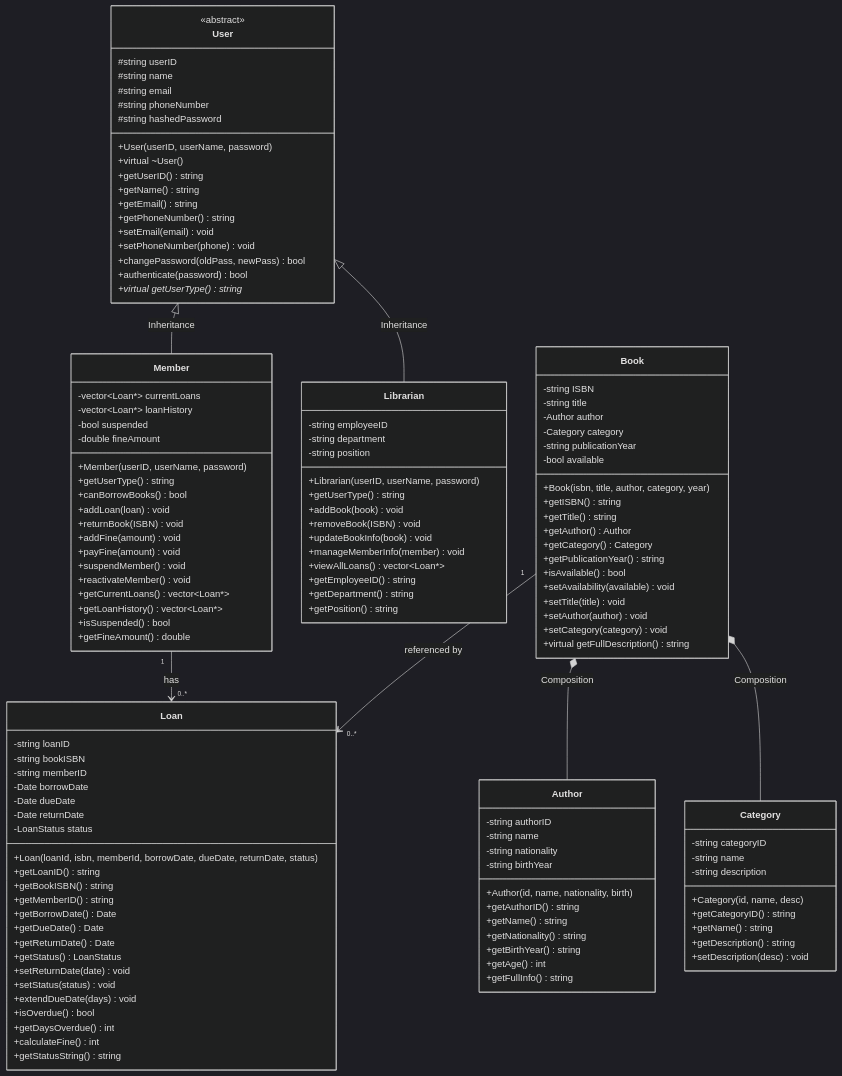
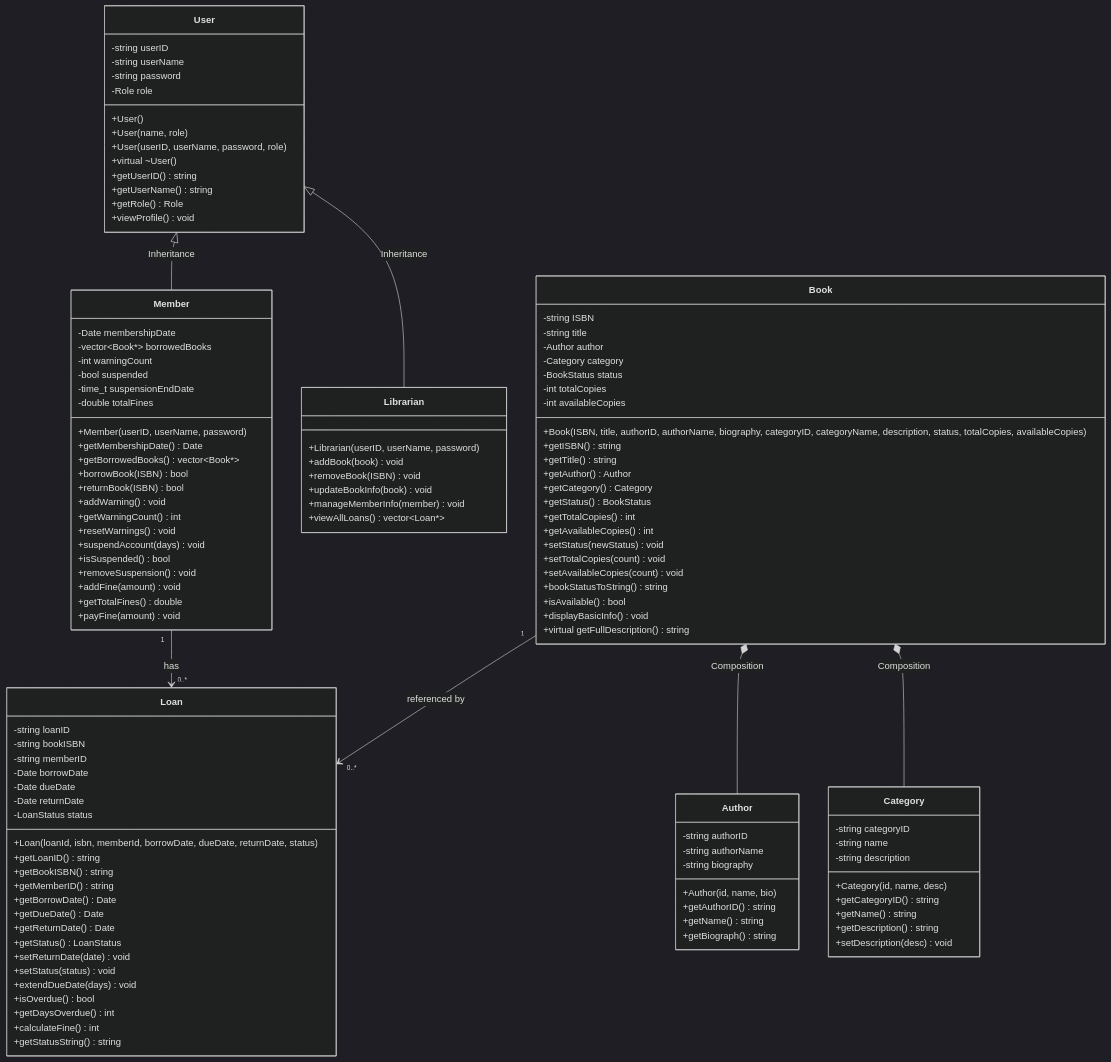
One commit to DankDaPancake/LibraryManagementSystem changed the first of 31 diagrams in docs/report.md. Above: the diagram before and after it, drawn with Mermaid (dark theme). The commit also changed other lines of this file, not shown here.

````diff
--- a/docs/report.md
+++ b/docs/report.md
@@ -257,59 +240,50 @@
 ```mermaid
 classDiagram
     class User {
-        <<abstract>>
-        #string userID
-        #string name
-        #string email
-        #string phoneNumber
-        #string hashedPassword
-        +User(userID, userName, password)
+        -string userID
+        -string userName
+        -string password
+        -Role role
+        +User()
+        +User(name, role)
+        +User(userID, userName, password, role)
         +virtual ~User()
         +getUserID() string
-        +getName() string
-        +getEmail() string
-        +getPhoneNumber() string
-        +setEmail(email) void
-        +setPhoneNumber(phone) void
-        +changePassword(oldPass, newPass) bool
-        +authenticate(password) bool
-        +virtual getUserType() string*
+        +getUserName() string
+        +getRole() Role
+        +viewProfile() void
     }
 
     class Member {
-        -vector~Loan*~ currentLoans
-        -vector~Loan*~ loanHistory
+        -Date membershipDate
+        -vector~Book*~ borrowedBooks
+        -int warningCount
         -bool suspended
-        -double fineAmount
+        -time_t suspensionEndDate
+        -double totalFines
         +Member(userID, userName, password)
-        +getUserType() string
-        +canBorrowBooks() bool
-        +addLoan(loan) void
-        +returnBook(ISBN) void
+        +getMembershipDate() Date
+        +getBorrowedBooks() vector~Book*~
+        +borrowBook(ISBN) bool
+        +returnBook(ISBN) bool
+        +addWarning() void
+        +getWarningCount() int
+        +resetWarnings() void
+        +suspendAccount(days) void
+        +isSuspended() bool
+        +removeSuspension() void
         +addFine(amount) void
+        +getTotalFines() double
         +payFine(amount) void
-        +suspendMember() void
-        +reactivateMember() void
-        +getCurrentLoans() vector~Loan*~
-        +getLoanHistory() vector~Loan*~
-        +isSuspended() bool
-        +getFineAmount() double
     }
 
     class Librarian {
-        -string employeeID
-        -string department
-        -string position
         +Librarian(userID, userName, password)
-        +getUserType() string
         +addBook(book) void
         +removeBook(ISBN) void
         +updateBookInfo(book) void
         +manageMemberInfo(member) void
         +viewAllLoans() vector~Loan*~
-        +getEmployeeID() string
-        +getDepartment() string
-        +getPosition() string
     }
 
     class Book {
@@ -317,34 +291,34 @@
         -string title
         -Author author
         -Category category
-        -string publicationYear
-        -bool available
-        +Book(isbn, title, author, category, year)
+        -BookStatus status
+        -int totalCopies
+        -int availableCopies
+        +Book(ISBN, title, authorID, authorName, biography, categoryID, categoryName, description, status, totalCopies, availableCopies)
         +getISBN() string
         +getTitle() string
         +getAuthor() Author
         +getCategory() Category
-        +getPublicationYear() string
+        +getStatus() BookStatus
+        +getTotalCopies() int
+        +getAvailableCopies() int
+        +setStatus(newStatus) void
+        +setTotalCopies(count) void
+        +setAvailableCopies(count) void
+        +bookStatusToString() string
         +isAvailable() bool
-        +setAvailability(available) void
-        +setTitle(title) void
-        +setAuthor(author) void
-        +setCategory(category) void
+        +displayBasicInfo() void
         +virtual getFullDescription() string
     }
 
     class Author {
         -string authorID
-        -string name
-        -string nationality
-        -string birthYear
-        +Author(id, name, nationality, birth)
+        -string authorName
+        -string biography
+        +Author(id, name, bio)
         +getAuthorID() string
         +getName() string
-        +getNationality() string
-        +getBirthYear() string
-        +getAge() int
-        +getFullInfo() string
+        +getBiograph() string
     }
 
     class Category {
````
